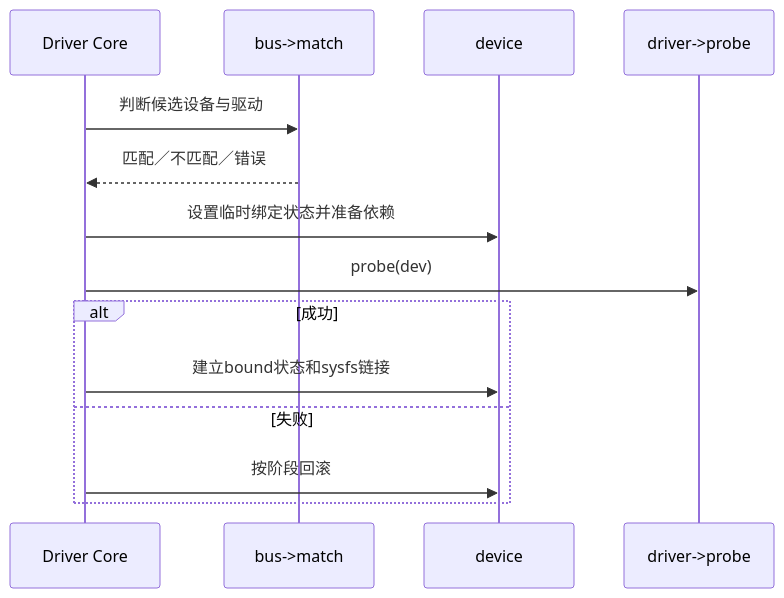
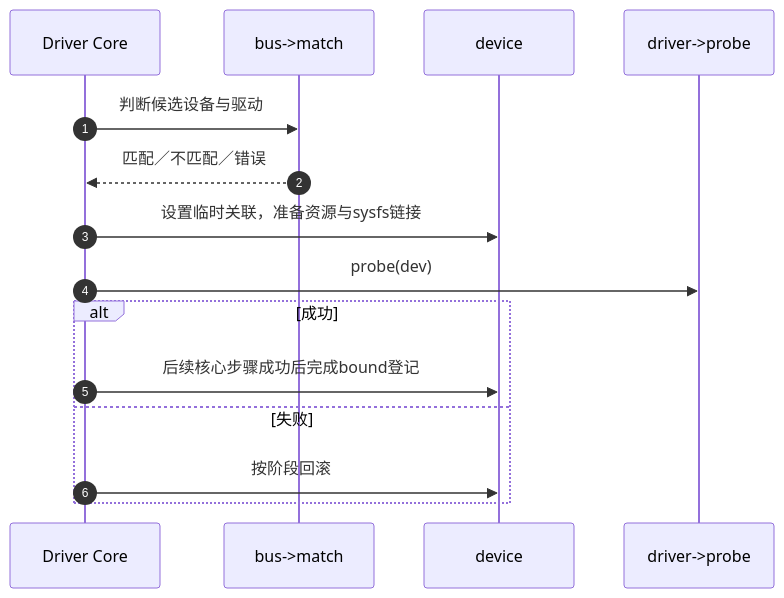
The diagram in knowledge/linux/device_model/P08_匹配绑定与probe状态机.md (FormingSystem/linux_note), drawn with Mermaid before and after one commit. The commit also changed other lines of this file and 2 other files, not shown here.

Commit message:
fix(kernel/device_model): 纠正探测关联时机与模块寿命边界
- 以固定6.12源码纠正登记触发者、probe前的临时关联及driver_attach顺序。

- 删除绑定必然永久持有模块引用的误述，区分驱动注销同步与文件等独立引用；这些篇章仍待完整重写。

````diff
--- a/knowledge/linux/device_model/P08_匹配绑定与probe状态机.md
+++ b/knowledge/linux/device_model/P08_匹配绑定与probe状态机.md
@@ -14,16 +14,17 @@
 ```mermaid
 sequenceDiagram
+    autonumber
     participant C as Driver Core
     participant B as bus->match
     participant D as device
     participant R as driver->probe
     C->>B: 判断候选设备与驱动
     B-->>C: 匹配／不匹配／错误
-    C->>D: 设置临时绑定状态并准备依赖
+    C->>D: 设置临时关联，准备资源与sysfs链接
     C->>R: probe(dev)
     alt 成功
-        C->>D: 建立bound状态和sysfs链接
+        C->>D: 后续核心步骤成功后完成bound登记
     else 失败
         C->>D: 按阶段回滚
     end
 ```
````
